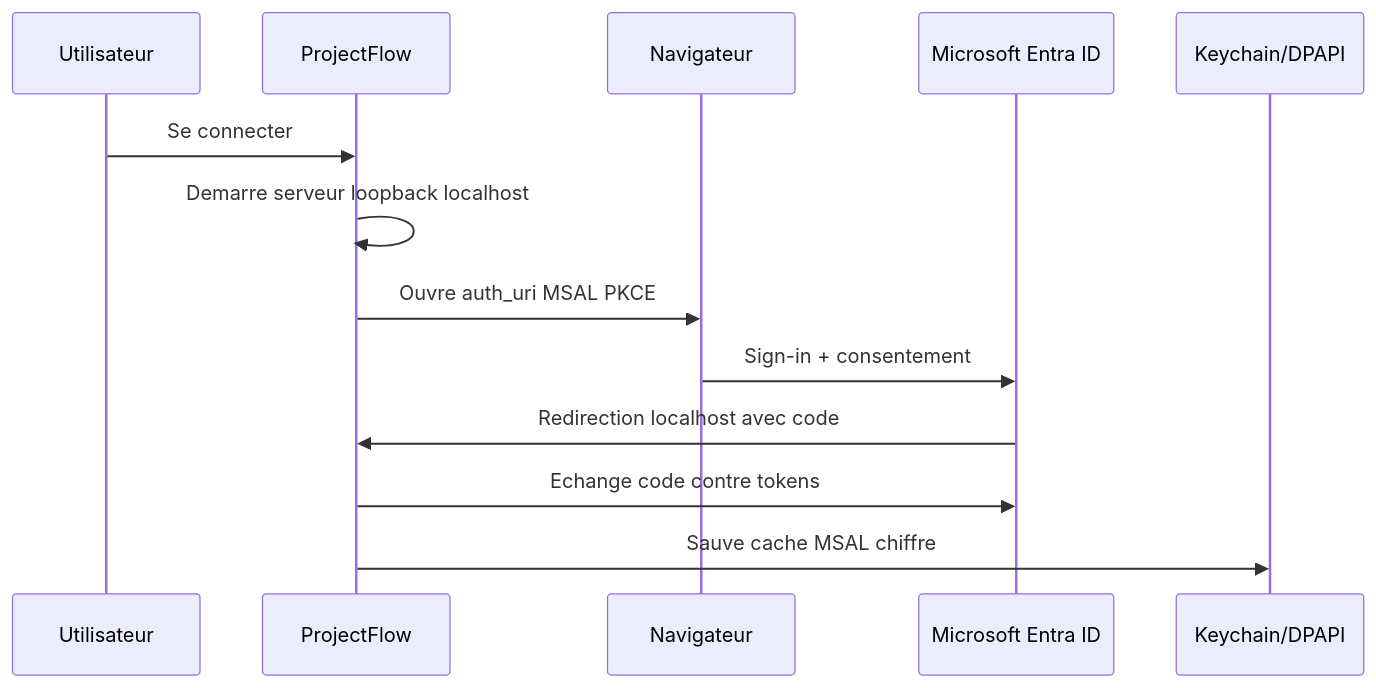
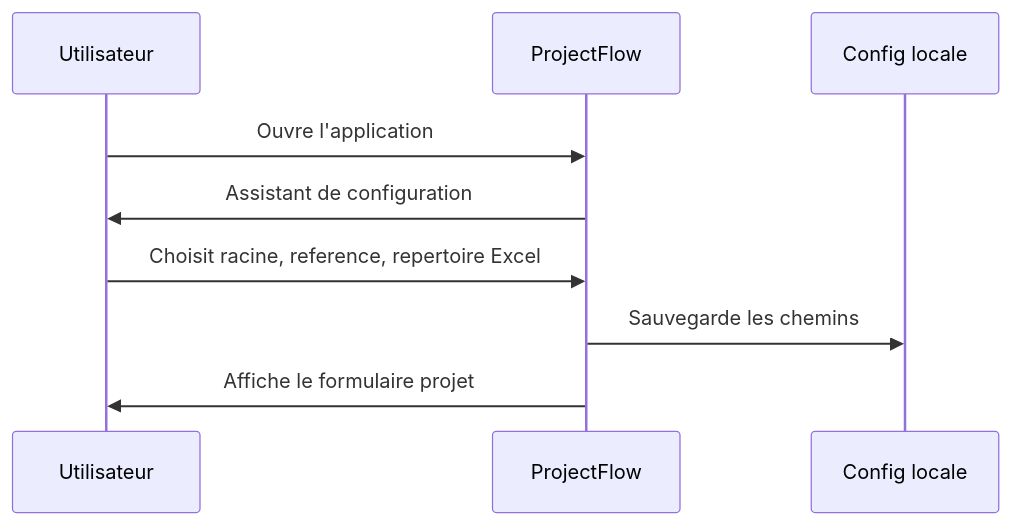
The second of 4 diagrams in docs/architecture.md (LionelMds/projectflow-automator), drawn with Mermaid before and after one commit. The commit also changed other lines of this file and 51 other files, not shown here.

````diff
--- a/docs/architecture.md
+++ b/docs/architecture.md
@@ -21,16 +18,12 @@
 ```mermaid
 sequenceDiagram
   participant User as Utilisateur
   participant App as ProjectFlow
-  participant Browser as Navigateur
-  participant Entra as Microsoft Entra ID
-  participant Keyring as Keychain/DPAPI
+  participant Config as Config locale
 
-  User->>App: Se connecter
-  App->>App: Demarre serveur loopback localhost
-  App->>Browser: Ouvre auth_uri MSAL PKCE
-  Browser->>Entra: Sign-in + consentement
-  Entra->>App: Redirection localhost avec code
-  App->>Entra: Echange code contre tokens
-  App->>Keyring: Sauve cache MSAL chiffre
+  User->>App: Ouvre l'application
+  App->>User: Assistant de configuration
+  User->>App: Choisit racine, reference, repertoire Excel
+  App->>Config: Sauvegarde les chemins
+  App->>User: Affiche le formulaire projet
 ```
````
